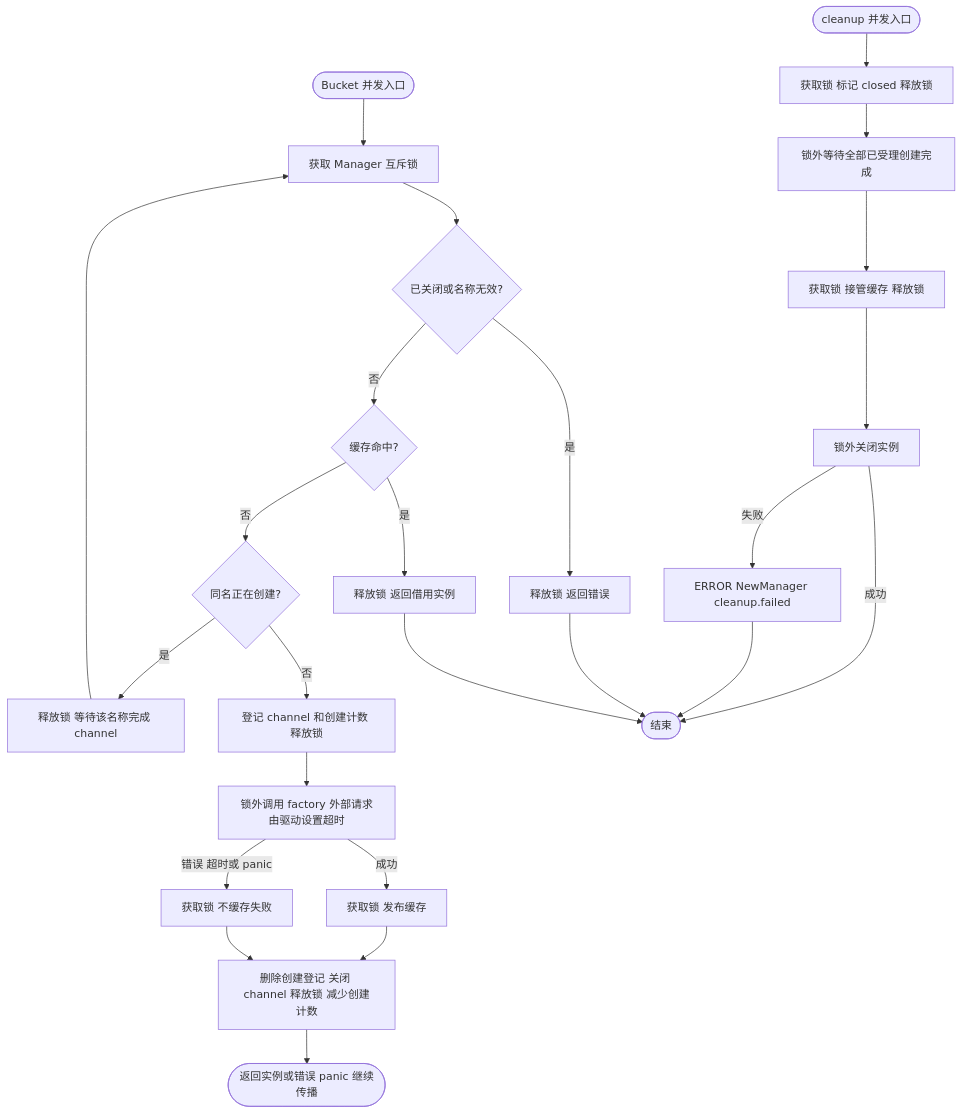
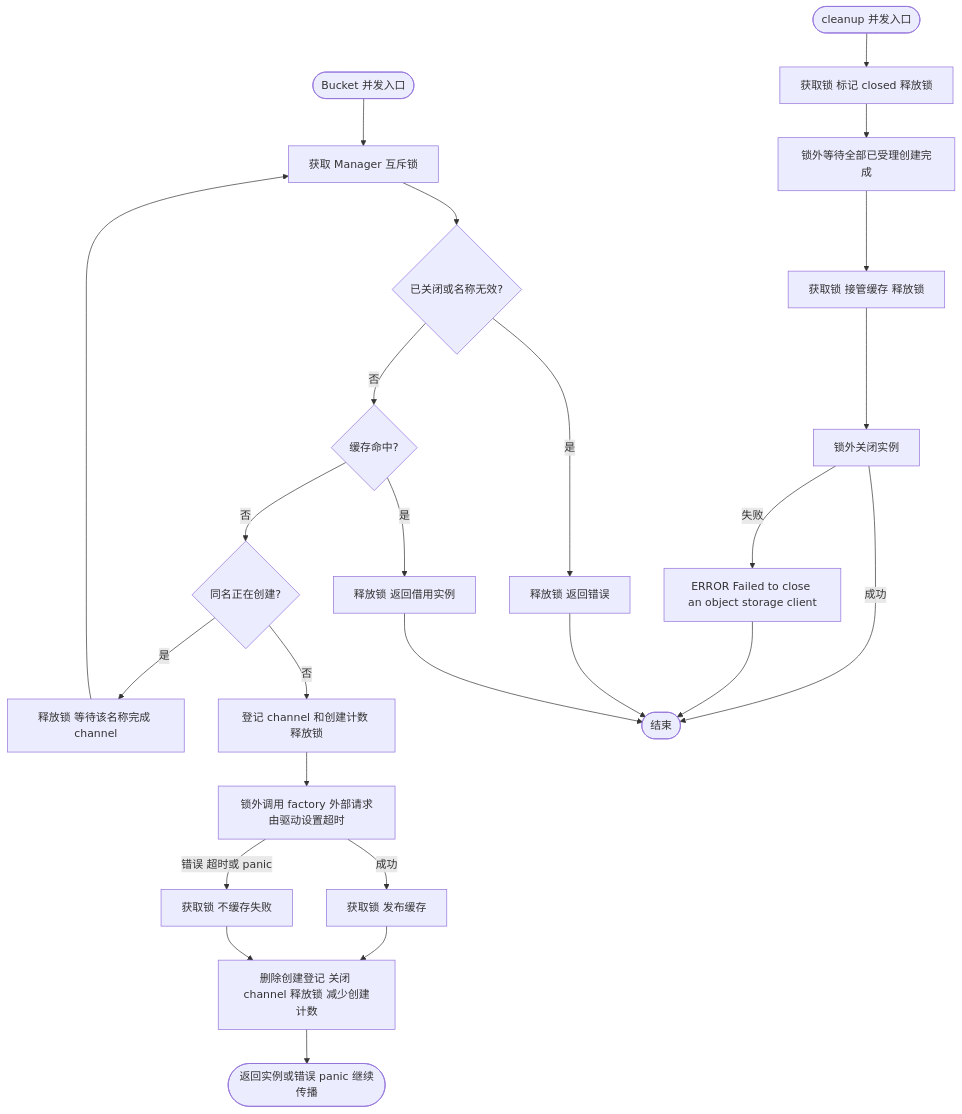
Before and after one commit to jaggerzhuang1994/kratos-foundation: the first of 3 diagrams in pkg/oss/README.md, drawn with Mermaid. The commit also changed 96 other files, not shown here.

````diff
--- a/pkg/oss/README.md
+++ b/pkg/oss/README.md
@@ -57,27 +57,27 @@
 ```mermaid
 flowchart TD
     A([Bucket 并发入口]) --> B[获取 Manager 互斥锁]
     B --> C{已关闭或名称无效?}
     C -- 是 --> D[释放锁 返回错误]
     C -- 否 --> E{缓存命中?}
     E -- 是 --> F[释放锁 返回借用实例]
     E -- 否 --> G{同名正在创建?}
     G -- 是 --> H[释放锁 等待该名称完成 channel]
     H --> B
     G -- 否 --> I[登记 channel 和创建计数 释放锁]
     I --> J[锁外调用 factory 外部请求由驱动设置超时]
     J -- 成功 --> K[获取锁 发布缓存]
     J -- 错误 超时或 panic --> L[获取锁 不缓存失败]
     K --> M[删除创建登记 关闭 channel 释放锁 减少创建计数]
     L --> M
     M --> N([返回实例或错误 panic 继续传播])
     O([cleanup 并发入口]) --> P[获取锁 标记 closed 释放锁]
     P --> Q[锁外等待全部已受理创建完成]
     Q --> R[获取锁 接管缓存 释放锁]
     R --> S[锁外关闭实例]
-    S -- 失败 --> T[ERROR NewManager cleanup.failed]
+    S -- 失败 --> T[ERROR Failed to close an object storage client]
     S -- 成功 --> U([结束])
     T --> U
     D --> U
     F --> U
 ```
````
